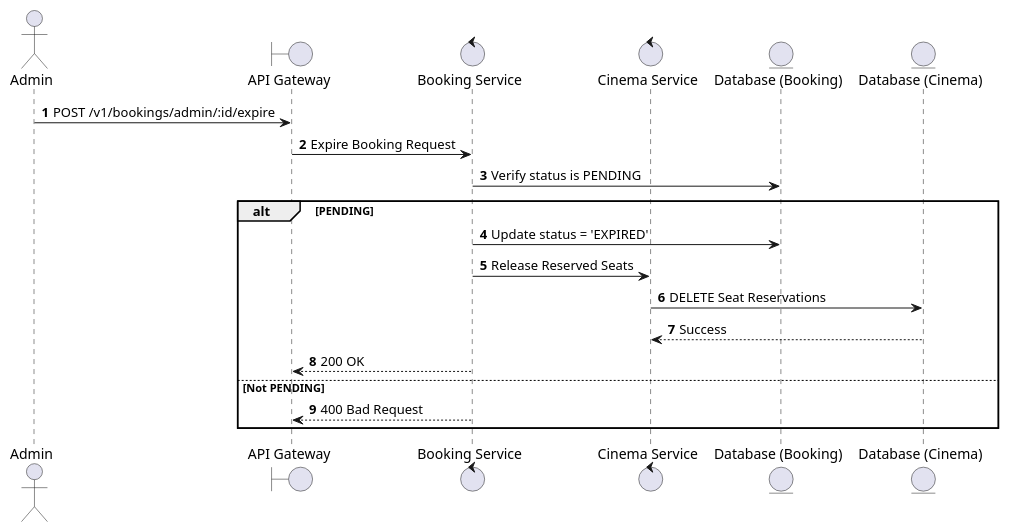
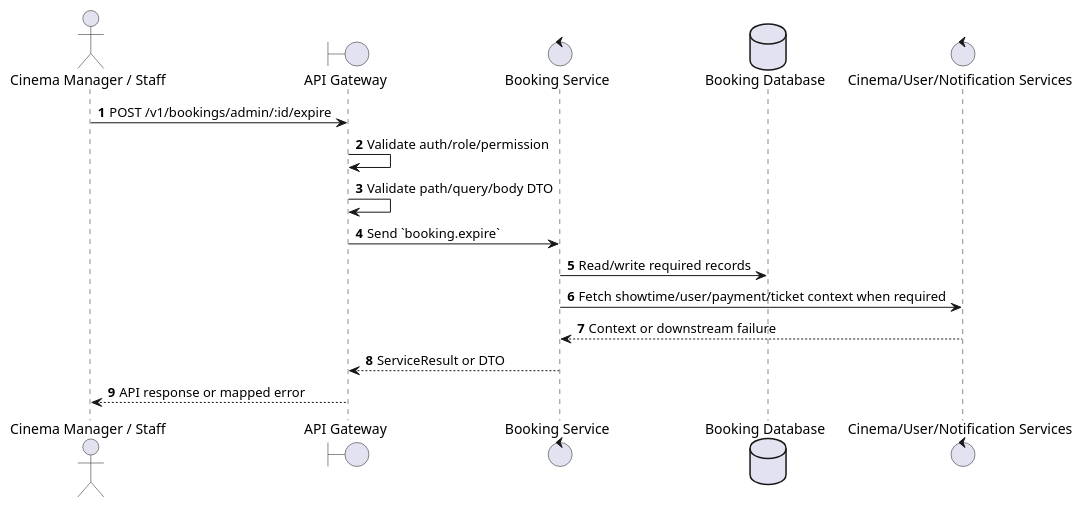
One commit to Tanh1603/movie-hub-architecture changed the first of 2 diagrams in docs/functional_specs/3.5.2_Admin_Booking_Operations/BK-A07_Expire_Booking.md. Above: the diagram before and after it, drawn with PlantUML. The commit also changed other lines of this file and 126 other files, not shown here.

````diff
--- a/docs/functional_specs/3.5.2_Admin_Booking_Operations/BK-A07_Expire_Booking.md
+++ b/docs/functional_specs/3.5.2_Admin_Booking_Operations/BK-A07_Expire_Booking.md
@@ -17,24 +17,20 @@
 ```plantuml
 @startuml
 autonumber
-actor Admin
+actor "Cinema Manager / Staff" as Actor
 boundary "API Gateway" as GW
-control "Booking Service" as BS
-control "Cinema Service" as CS
-entity "Database (Booking)" as DB_B
-entity "Database (Cinema)" as DB_C
+control "Booking Service" as SVC
+database "Booking Database" as DB
+control "Cinema/User/Notification Services" as EXT
 
-Admin -> GW: POST /v1/bookings/admin/:id/expire
-GW -> BS: Expire Booking Request
-BS -> DB_B: Verify status is PENDING
-alt PENDING
-    BS -> DB_B: Update status = 'EXPIRED'
-    BS -> CS: Release Reserved Seats
-    CS -> DB_C: DELETE Seat Reservations
-    DB_C --> CS: Success
-    BS --> GW: 200 OK
-else Not PENDING
-    BS --> GW: 400 Bad Request
-end
+Actor -> GW: POST /v1/bookings/admin/:id/expire
+GW -> GW: Validate auth/role/permission
+GW -> GW: Validate path/query/body DTO
+GW -> SVC: Send `booking.expire`
+SVC -> DB: Read/write required records
+SVC -> EXT: Fetch showtime/user/payment/ticket context when required
+EXT --> SVC: Context or downstream failure
+SVC --> GW: ServiceResult or DTO
+GW --> Actor: API response or mapped error
 @enduml
 ```
````
